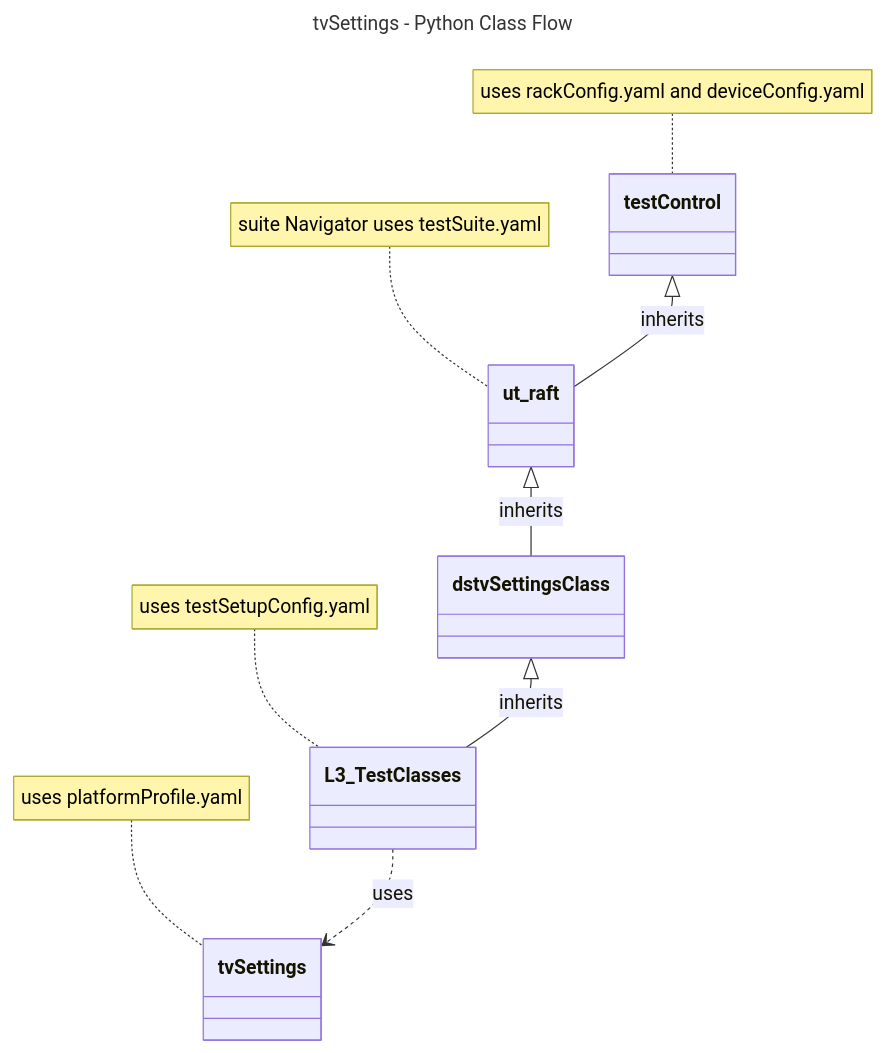
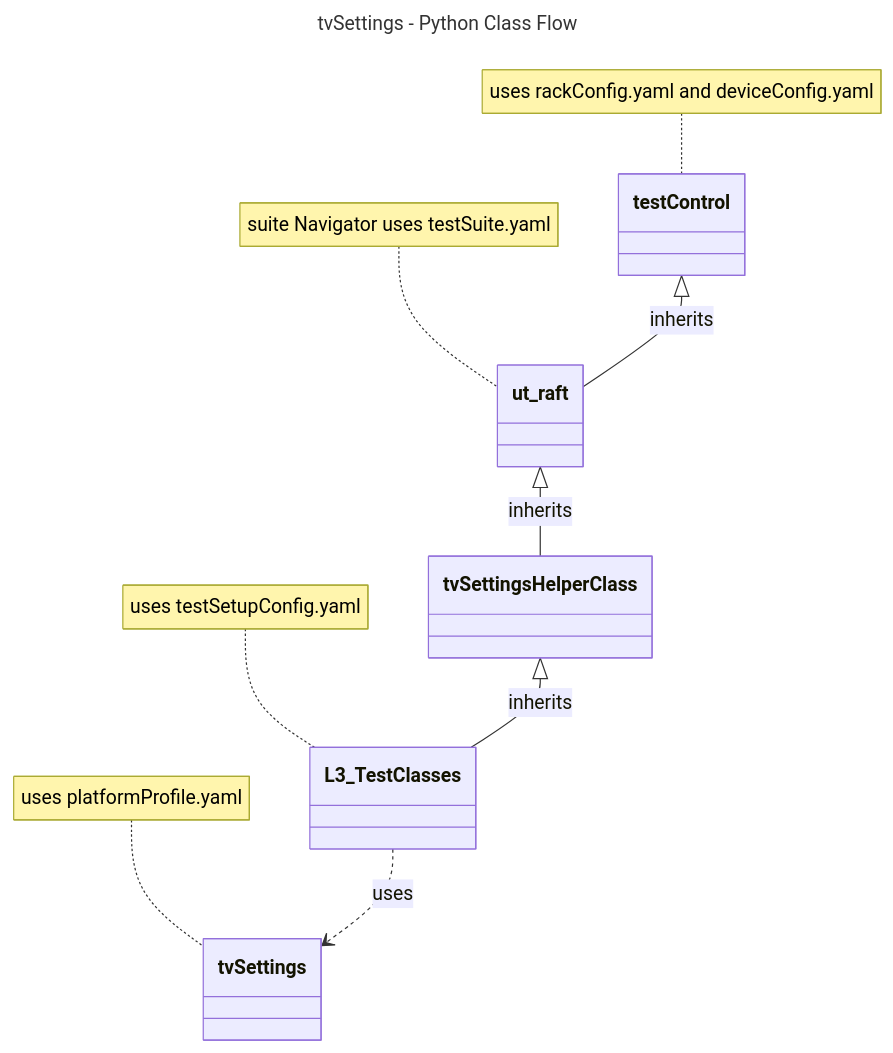
Before and after one commit to rdkcentral/rdkv-halif-test-tvsettings: the diagram in docs/pages/tv-settings_L3_Low_Level_Test_Spec.md, drawn with Mermaid. The commit also changed other lines of this file and 72 other files, not shown here.

````diff
--- a/docs/pages/tv-settings_L3_Low_Level_Test_Spec.md
+++ b/docs/pages/tv-settings_L3_Low_Level_Test_Spec.md
@@ -114,16 +114,16 @@
 ```mermaid
 ---
 title: tvSettings - Python Class Flow
 ---
 classDiagram
     testControl <|-- ut_raft : inherits
     class ut_raft{
     }
-    ut_raft <|-- dstvSettingsClass : inherits
-    dstvSettingsClass <|-- L3_TestClasses : inherits
+    ut_raft <|-- tvSettingsHelperClass : inherits
+    tvSettingsHelperClass <|-- L3_TestClasses : inherits
     L3_TestClasses ..> tvSettings : uses
     note for testControl "uses rackConfig.yaml and deviceConfig.yaml"
     note for tvSettings "uses platformProfile.yaml"
     note for L3_TestClasses "uses testSetupConfig.yaml"
     note for ut_raft "suite Navigator uses testSuite.yaml"
 ```
````
